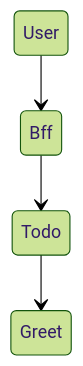
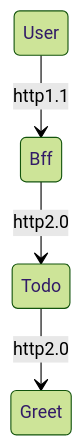
Before and after one commit to RyotaroSeto/otel-go-grpc-sample: the first of 2 diagrams in README.md, drawn with Mermaid (forest theme).

Commit message:
Update communication protocol in state diagram

````diff
--- a/README.md
+++ b/README.md
@@ -14,8 +14,8 @@
 ```mermaid
 
 stateDiagram
-  User --> Bff
-  Bff --> Todo
-  Todo --> Greet
+  User --> Bff: http1.1
+  Bff --> Todo: http2.0
+  Todo --> Greet: http2.0
 
 ```
````
